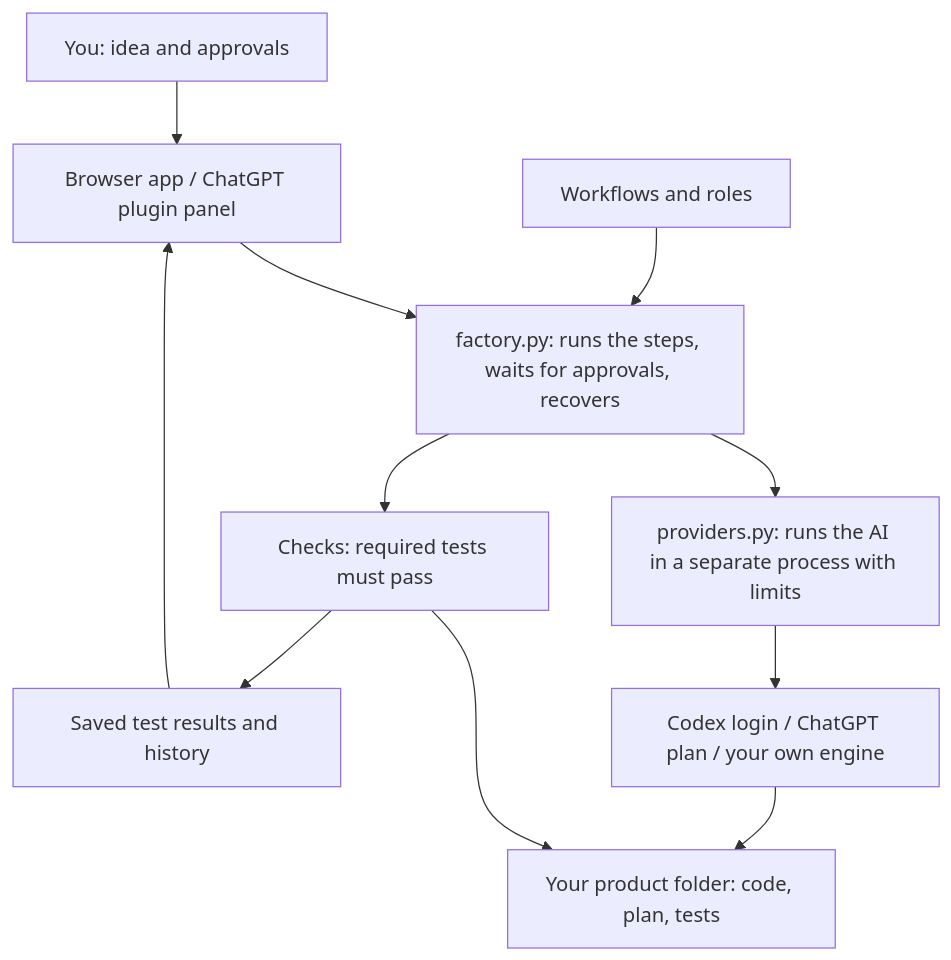
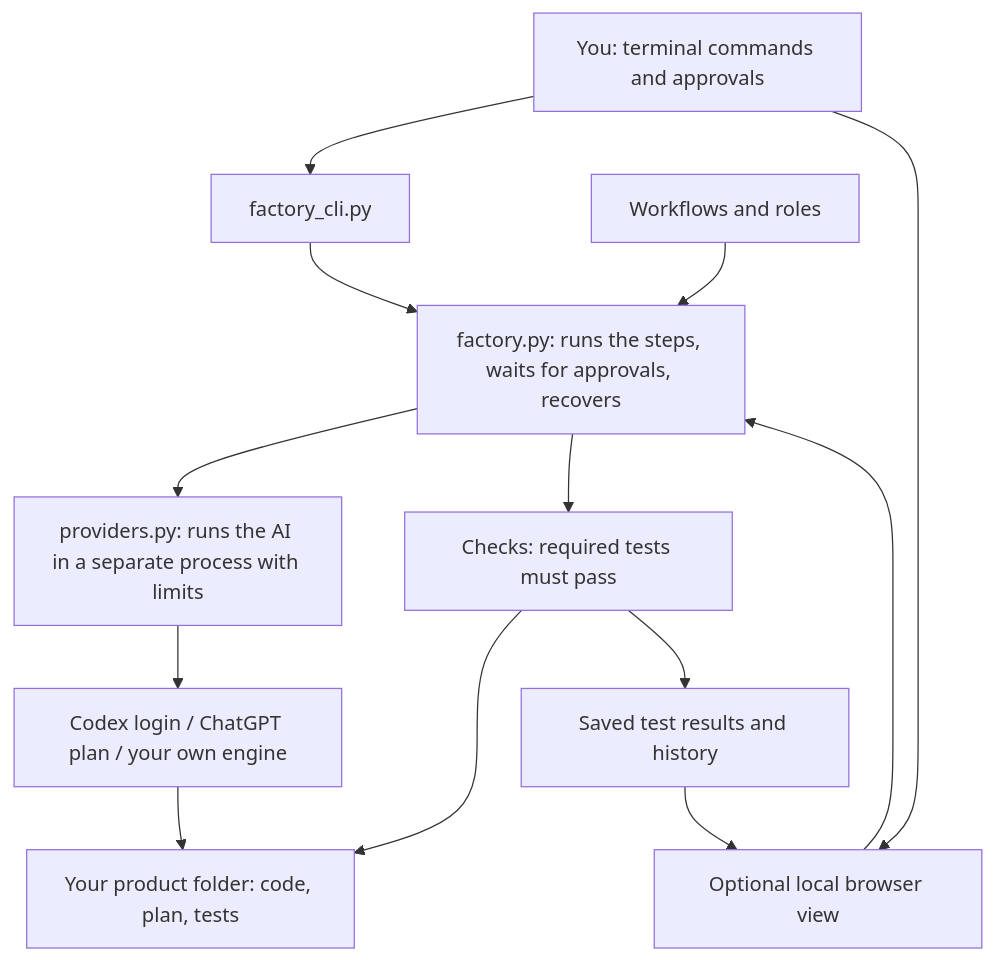
The diagram in README.md (dabhiram13/foundry), drawn with Mermaid before and after one commit. The commit also changed other lines of this file and 30 other files, not shown here.

````diff
--- a/README.md
+++ b/README.md
@@ -77,13 +91,15 @@
 ```mermaid
 flowchart TB
-    O["You: idea and approvals"] --> U["Browser app / ChatGPT plugin panel"]
-    U --> F["factory.py: runs the steps, waits for approvals, recovers"]
+    O["You: terminal commands and approvals"] --> CLI["factory_cli.py"]
+    O --> U["Optional local browser view"]
+    CLI --> F["factory.py: runs the steps, waits for approvals, recovers"]
+    U --> F
     M["Workflows and roles"] --> F
     F --> P["providers.py: runs the AI in a separate process with limits"]
     P --> C["Codex login / ChatGPT plan / your own engine"]
     C --> A["Your product folder: code, plan, tests"]
     F --> V["Checks: required tests must pass"]
     V --> A
     V --> E["Saved test results and history"]
     E --> U
 ```
````
